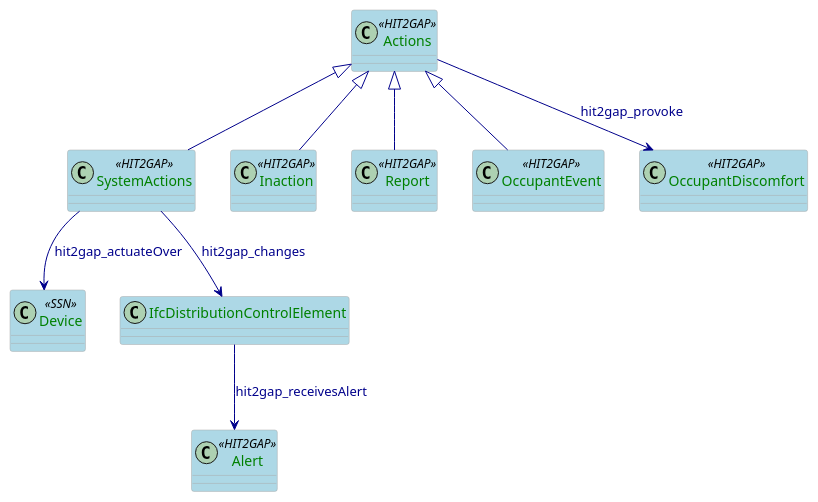
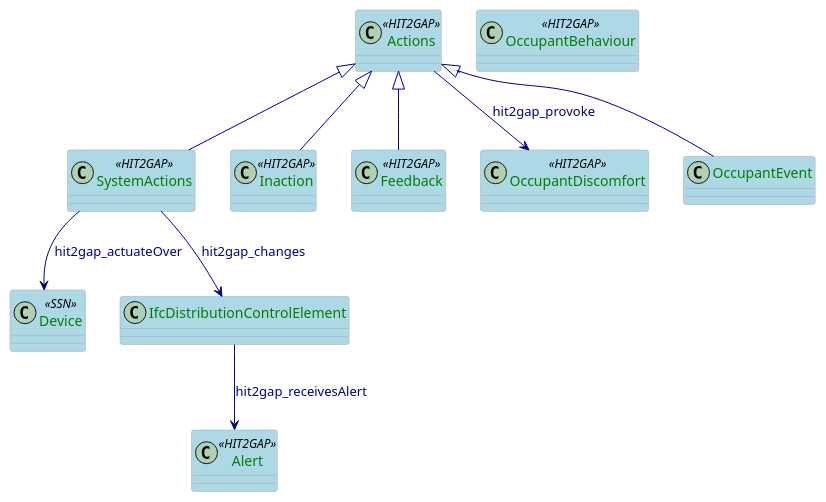
The diagram in docs/plantuml/ActionSpecification.puml (HIT2GAP-EU-PROJECT/BEMOnt), drawn with PlantUML before and after one commit.

```diff
--- a/docs/plantuml/ActionSpecification.puml
+++ b/docs/plantuml/ActionSpecification.puml
@@ -1,54 +1,54 @@
 @startuml
 
 skinparam class {
   ArrowColor DarkBlue
   ArrowFontColor DarkBlue
   BackgroundColor LightBlue
   BorderColor DarkGrey
 }
 skinparam stereotypeCBackgroundColor Wheat
 skinparam classAttributeFontColor  Green
 
 class Actions <<HIT2GAP>>{
 
 }
 
 class SystemActions<<HIT2GAP>>{
 
 }
 
 class Device <<SSN>>{
 
 }
 
 class Alert <<HIT2GAP>>{
 
 }
 
 class Inaction <<HIT2GAP>>{
 
 }
 
-class Report <<HIT2GAP>>{
+class Feedback <<HIT2GAP>>{
 
 }
 
-class OccupantEvent<<HIT2GAP>>{
+class OccupantBehaviour<<HIT2GAP>>{
 
 }
 
 class OccupantDiscomfort <<HIT2GAP>>{
 
 }
 
 Actions <|-- SystemActions
 Actions <|-- Inaction
-Actions <|-- Report
+Actions <|-- Feedback
 Actions <|-- OccupantEvent
 
 Actions --> OccupantDiscomfort:hit2gap_provoke
 SystemActions --> IfcDistributionControlElement:hit2gap_changes
 IfcDistributionControlElement --> Alert: hit2gap_receivesAlert
 SystemActions --> Device: hit2gap_actuateOver
 
 @enduml
```
